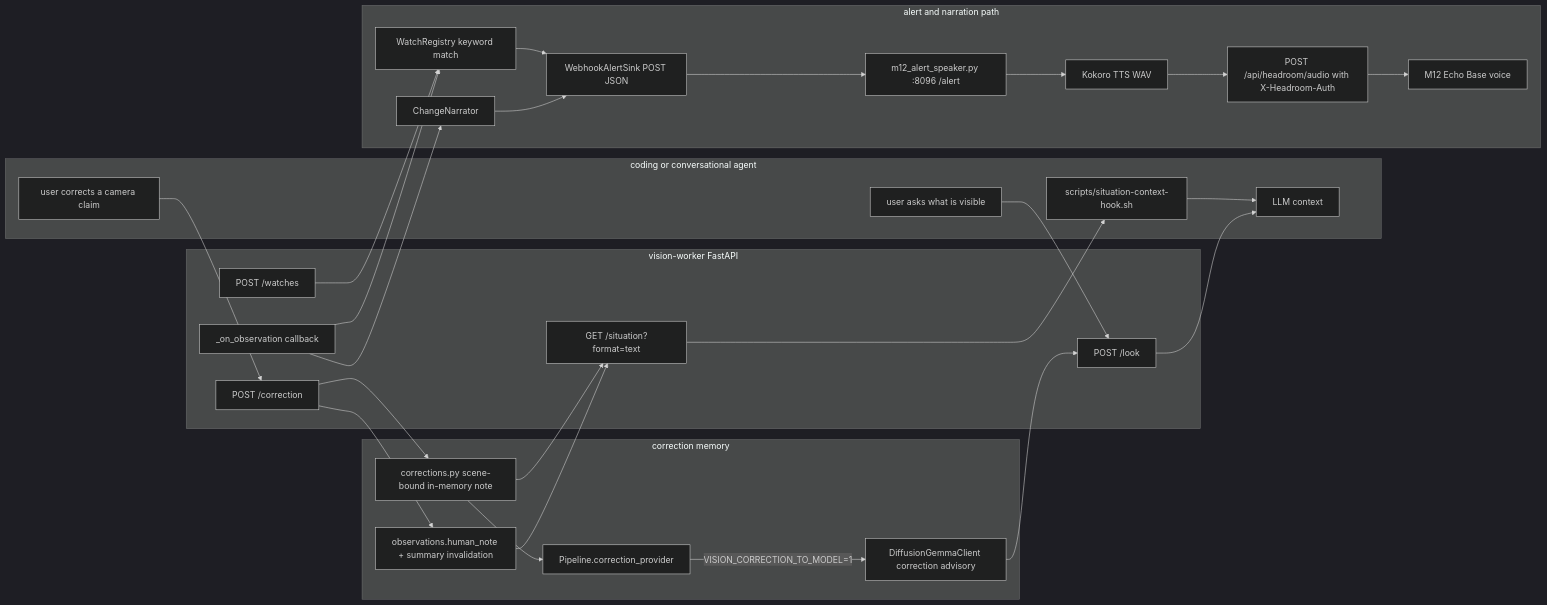
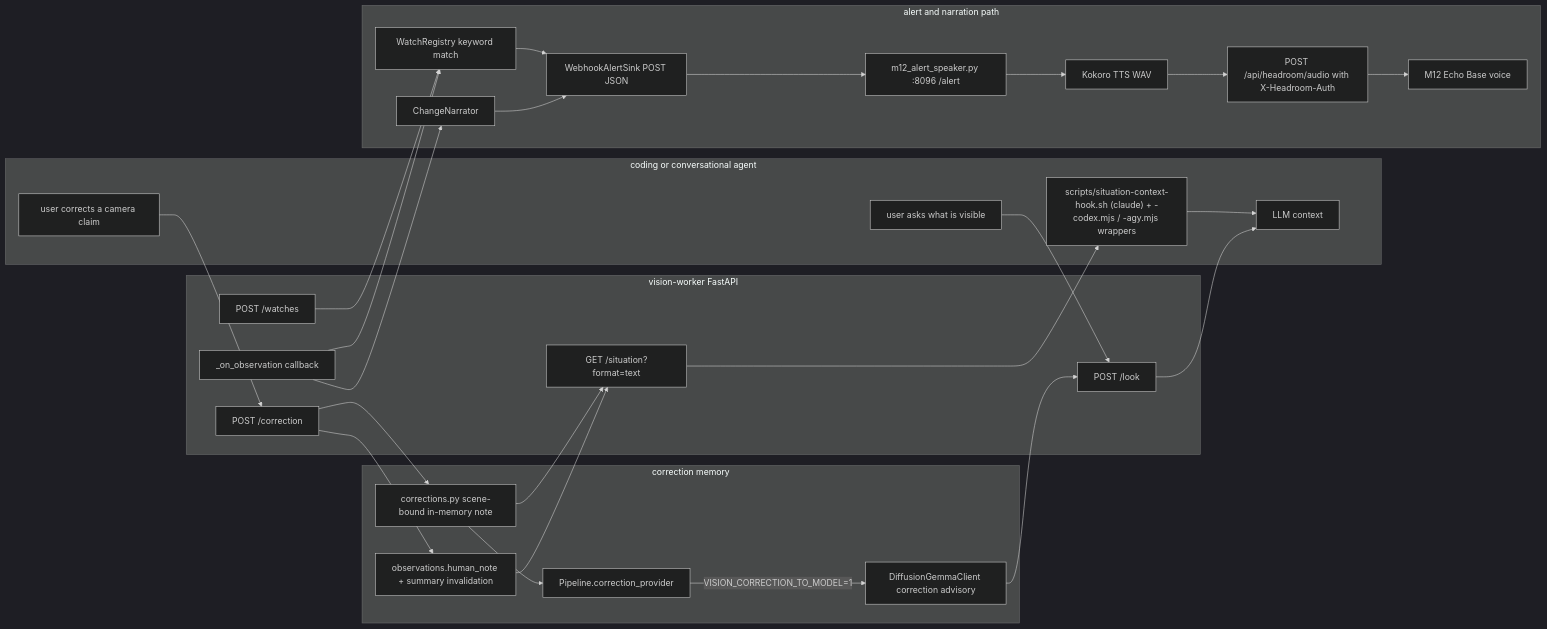
Before and after one commit to amariichi/MinimumHeadroom: the third of 3 diagrams in doc/guides/m12-vision.md, drawn with Mermaid (dark theme). The commit also changed other lines of this file and 41 other files, not shown here.

````diff
--- a/doc/guides/m12-vision.md
+++ b/doc/guides/m12-vision.md
@@ -190,52 +206,52 @@
 ```mermaid
 flowchart LR
   subgraph Worker["vision-worker FastAPI"]
     Situation["GET /situation?format=text"]
     Look["POST /look"]
     WatchAPI["POST /watches"]
     CorrectionAPI["POST /correction"]
     OnObservation["_on_observation callback"]
   end
   subgraph Agent["coding or conversational agent"]
-    Hook["scripts/situation-context-hook.sh"]
+    Hook["scripts/situation-context-hook.sh (claude) + -codex.mjs / -agy.mjs wrappers"]
     Context["LLM context"]
     UserAsk["user asks what is visible"]
     UserFix["user corrects a camera claim"]
   end
   subgraph Alerts["alert and narration path"]
     Registry["WatchRegistry keyword match"]
     Narrator["ChangeNarrator"]
     Webhook["WebhookAlertSink POST JSON"]
     Speaker["m12_alert_speaker.py :8096 /alert"]
     Kokoro["Kokoro TTS WAV"]
     Audio["POST /api/headroom/audio with X-Headroom-Auth"]
     Echo["M12 Echo Base voice"]
   end
   subgraph Feedback["correction memory"]
     CorrMem["corrections.py scene-bound in-memory note"]
     DBNote["observations.human_note + summary invalidation"]
     Advisory["Pipeline.correction_provider"]
     Prompt["DiffusionGemmaClient correction advisory"]
   end
   Situation --> Hook
   Hook --> Context
   UserAsk --> Look
   Look --> Context
   WatchAPI --> Registry
   OnObservation --> Registry
   OnObservation --> Narrator
   Registry --> Webhook
   Narrator --> Webhook
   Webhook --> Speaker
   Speaker --> Kokoro
   Kokoro --> Audio
   Audio --> Echo
   UserFix --> CorrectionAPI
   CorrectionAPI --> CorrMem
   CorrectionAPI --> DBNote
   CorrMem --> Situation
   DBNote --> Situation
   CorrMem --> Advisory
   Advisory -- "VISION_CORRECTION_TO_MODEL=1" --> Prompt
   Prompt --> Look
 ```
````
